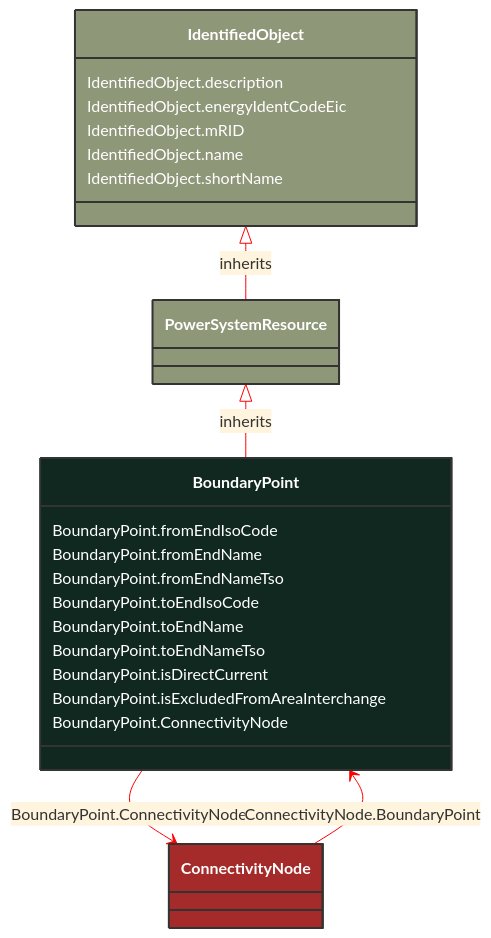
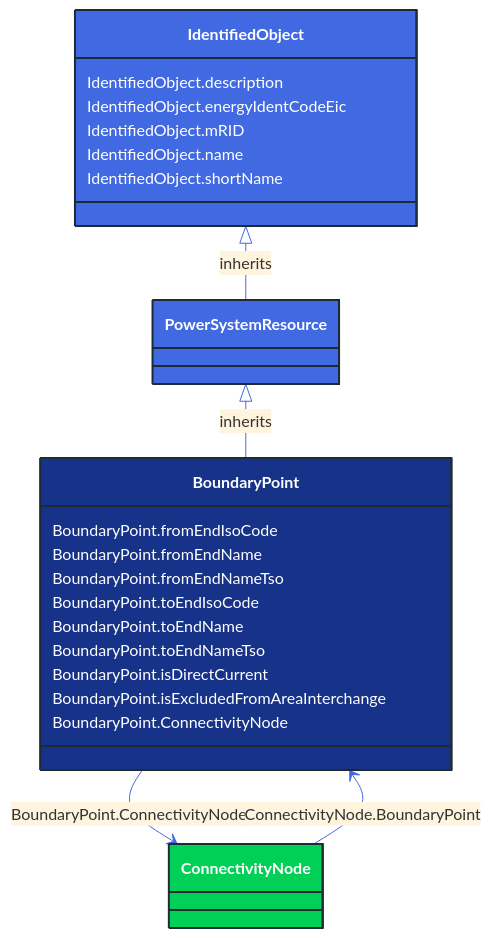
One commit to 3lbits/NoCIMExtensions changed the diagram in docs/Models/Profiles/CoreEquipment/ConcreteClasses/BoundaryPoint.md. Above: the diagram before and after it, drawn with Mermaid. The commit also changed 362 other files, not shown here.

First line of the commit message:
Update diagrams and styles for improved visual consistency

````diff
--- a/docs/Models/Profiles/CoreEquipment/ConcreteClasses/BoundaryPoint.md
+++ b/docs/Models/Profiles/CoreEquipment/ConcreteClasses/BoundaryPoint.md
@@ -8,43 +8,43 @@
 ```mermaid
-%%{init: {'theme':'base','themeVariables': {'lineColor': '#FF0000'}}}%%
+%%{init: {'theme':'base','themeVariables': {'lineColor': '#4169E1'}}}%%
 classDiagram
     class BoundaryPoint
     click BoundaryPoint href "/Models/Profiles/CoreEquipment/ConcreteClasses/BoundaryPoint/"
-    style BoundaryPoint fill:#102820,stroke:#333,stroke-width:2px,rx:10,ry:10,color:white
+    style BoundaryPoint fill:#163289,stroke:#1F2A37,stroke-width:2px,rx:10,ry:10,color:white
      
         PowerSystemResource <|-- BoundaryPoint : inherits
             click PowerSystemResource href "/Models/Profiles/CoreEquipment/AbstractClasses/PowerSystemResource/"
-            style PowerSystemResource fill:#8F9779,stroke:#333,stroke-width:2px,rx:10,ry:10,color:white
+            style PowerSystemResource fill:#4169E1,stroke:#1F2A37,stroke-width:2px,rx:10,ry:10,color:white
      
         IdentifiedObject <|-- PowerSystemResource : inherits
             click IdentifiedObject href "/Models/Profiles/CoreEquipment/AbstractClasses/IdentifiedObject/"
-            style IdentifiedObject fill:#8F9779,stroke:#333,stroke-width:2px,rx:10,ry:10,color:white
+            style IdentifiedObject fill:#4169E1,stroke:#1F2A37,stroke-width:2px,rx:10,ry:10,color:white
 
         BoundaryPoint --> ConnectivityNode : BoundaryPoint.ConnectivityNode
 
         ConnectivityNode
             click ConnectivityNode href "/Models/Profiles/CoreEquipment/AbstractClasses/ConnectivityNode/"
-            style ConnectivityNode fill:#A52A2A,stroke:#333,stroke-width:2px,rx:10,ry:10,color:white
+            style ConnectivityNode fill:#00D156,stroke:#1F2A37,stroke-width:2px,rx:10,ry:10,color:white
 
         ConnectivityNode --> BoundaryPoint : ConnectivityNode.BoundaryPoint
 
         ConnectivityNode
             click ConnectivityNode href "/Models/Profiles/CoreEquipment/AbstractClasses/ConnectivityNode/"
-            style ConnectivityNode fill:#A52A2A,stroke:#333,stroke-width:2px,rx:10,ry:10,color:white
+            style ConnectivityNode fill:#00D156,stroke:#1F2A37,stroke-width:2px,rx:10,ry:10,color:white
 
 
         BoundaryPoint : BoundaryPoint.fromEndIsoCode
         BoundaryPoint : BoundaryPoint.fromEndName
         BoundaryPoint : BoundaryPoint.fromEndNameTso
         BoundaryPoint : BoundaryPoint.toEndIsoCode
         BoundaryPoint : BoundaryPoint.toEndName
         BoundaryPoint : BoundaryPoint.toEndNameTso
         BoundaryPoint : BoundaryPoint.isDirectCurrent
         BoundaryPoint : BoundaryPoint.isExcludedFromAreaInterchange
         BoundaryPoint : BoundaryPoint.ConnectivityNode
         IdentifiedObject : IdentifiedObject.description
         IdentifiedObject : IdentifiedObject.energyIdentCodeEic
         IdentifiedObject : IdentifiedObject.mRID
         IdentifiedObject : IdentifiedObject.name
         IdentifiedObject : IdentifiedObject.shortName
 ```
````
